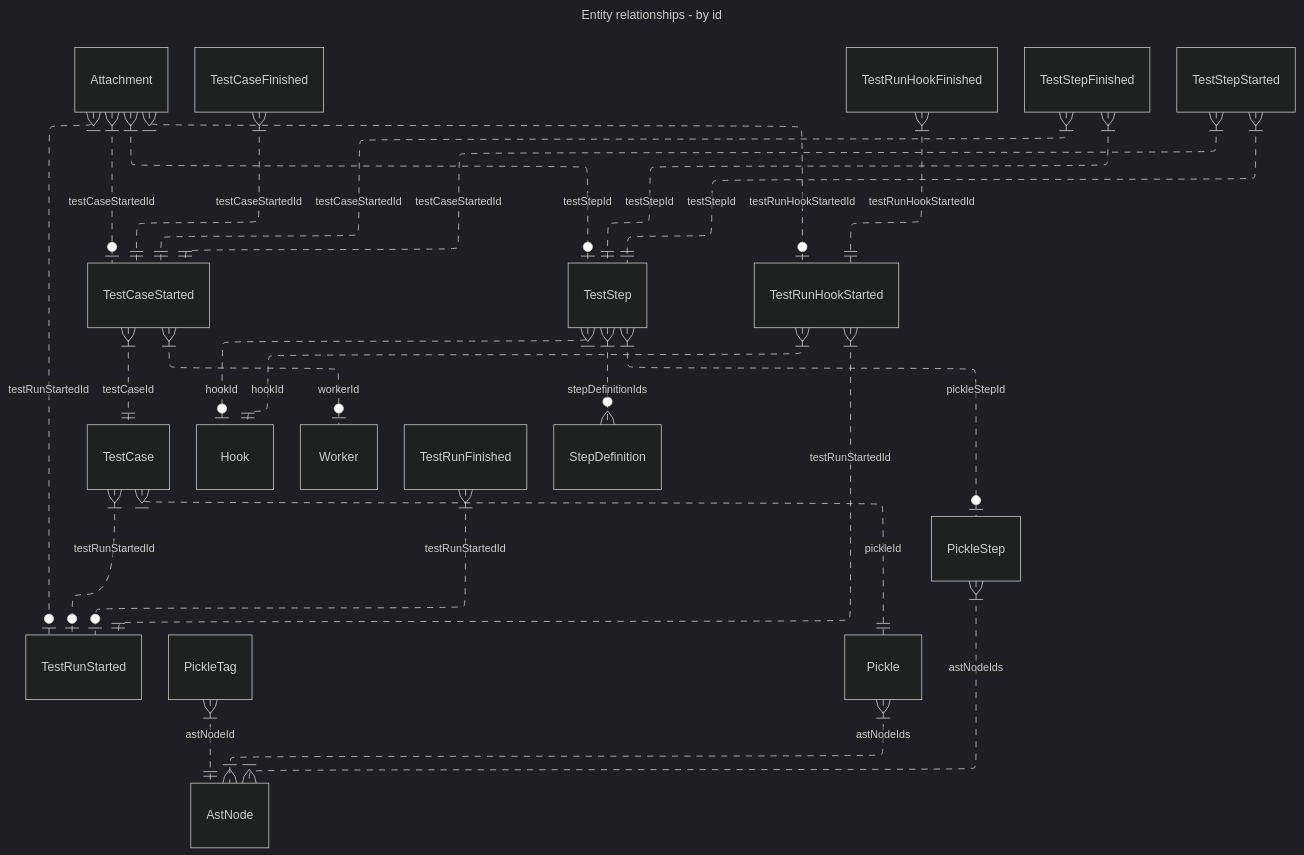
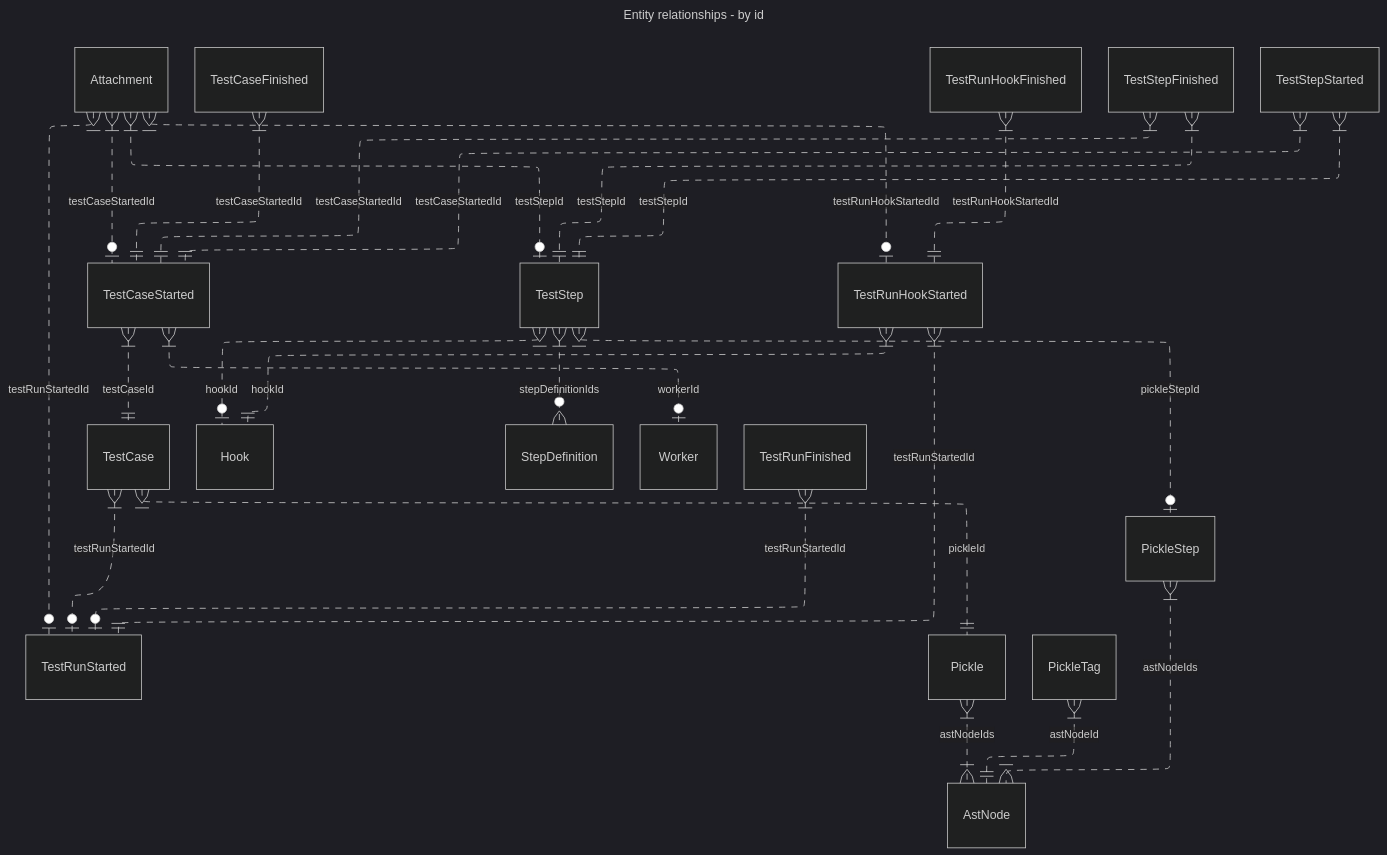
One commit to cucumber/messages changed the first of 2 diagrams in jsonschema/relations.md. Above: the diagram before and after it, drawn with Mermaid (dark theme). The commit also changed other lines of this file and 1 other file, not shown here.

Commit message:
Generate entity relationship diagram

````diff
--- a/jsonschema/relations.md
+++ b/jsonschema/relations.md
@@ -9,58 +10,31 @@
 ```mermaid
 ---
 title: Entity relationships  - by id
 config:
     layout: elk
 ---
 erDiagram
-
-Attachment }|..o|  TestCaseStarted: testCaseStartedId 
-
-Attachment }|..o|  TestStep: testStepId 
-
-Attachment }|..o|  TestRunStarted: testRunStartedId 
-
-Attachment }|..o|  TestRunHookStarted: testRunHookStartedId 
-
-PickleTag }|..||  AstNode: astNodeId 
-
-TestCase }|..||  Pickle: pickleId 
-
-TestCase }|..o|  TestRunStarted: testRunStartedId 
-
-TestStep }|..o|  Hook: hookId 
-
-TestStep }|..o|  PickleStep: pickleStepId 
-
-TestCaseFinished }|..||  TestCaseStarted: testCaseStartedId 
-
-TestCaseStarted }|..||  TestCase: testCaseId 
-
-TestCaseStarted }|..o|  Worker: workerId 
-
-TestRunFinished }|..o|  TestRunStarted: testRunStartedId 
-
-TestRunHookFinished }|..||  TestRunHookStarted: testRunHookStartedId 
-
-TestRunHookStarted }|..||  TestRunStarted: testRunStartedId 
-
-TestRunHookStarted }|..||  Hook: hookId 
-
-TestStepFinished }|..||  TestCaseStarted: testCaseStartedId 
-
-TestStepFinished }|..||  TestStep: testStepId 
-
-TestStepStarted }|..||  TestCaseStarted: testCaseStartedId 
-
-TestStepStarted }|..||  TestStep: testStepId 
-
-
-
-
-Pickle }|..|{  AstNode: astNodeIds 
-
-PickleStep }|..|{  AstNode: astNodeIds 
-
-TestStep }|..o{  StepDefinition: stepDefinitionIds 
-
+Attachment }|..o|  TestCaseStarted: testCaseStartedId
+Attachment }|..o|  TestStep: testStepId
+Attachment }|..o|  TestRunStarted: testRunStartedId
+Attachment }|..o|  TestRunHookStarted: testRunHookStartedId
+Pickle }|..|{  AstNode: astNodeIds
+PickleStep }|..|{  AstNode: astNodeIds
+PickleTag }|..||  AstNode: astNodeId
+TestCase }|..||  Pickle: pickleId
+TestCase }|..o|  TestRunStarted: testRunStartedId
+TestStep }|..o|  Hook: hookId
+TestStep }|..o|  PickleStep: pickleStepId
+TestStep }|..o{  StepDefinition: stepDefinitionIds
+TestCaseFinished }|..||  TestCaseStarted: testCaseStartedId
+TestCaseStarted }|..||  TestCase: testCaseId
+TestCaseStarted }|..o|  Worker: workerId
+TestRunFinished }|..o|  TestRunStarted: testRunStartedId
+TestRunHookFinished }|..||  TestRunHookStarted: testRunHookStartedId
+TestRunHookStarted }|..||  TestRunStarted: testRunStartedId
+TestRunHookStarted }|..||  Hook: hookId
+TestStepFinished }|..||  TestCaseStarted: testCaseStartedId
+TestStepFinished }|..||  TestStep: testStepId
+TestStepStarted }|..||  TestCaseStarted: testCaseStartedId
+TestStepStarted }|..||  TestStep: testStepId
 ```
````
